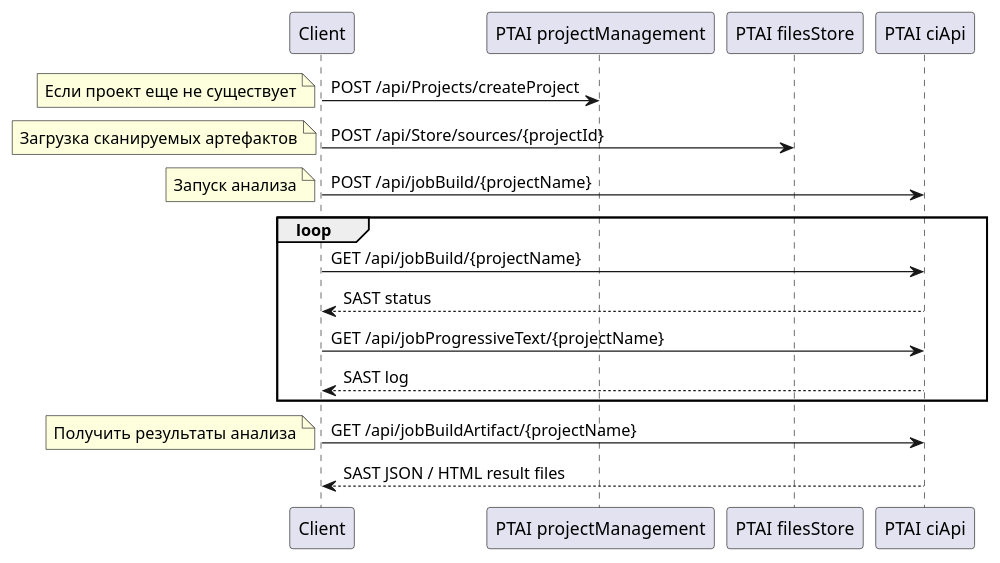
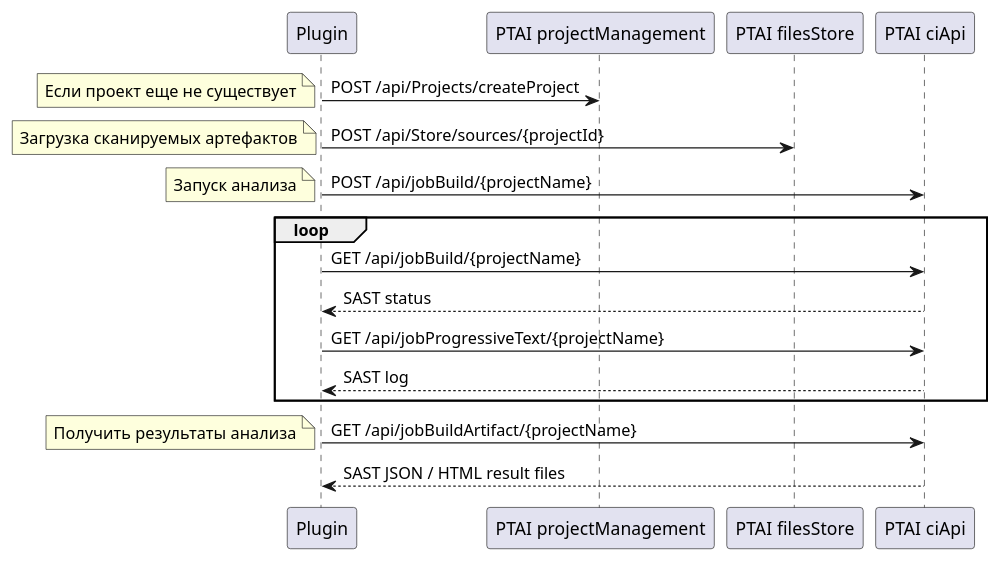
The diagram in docs/UML/REST.API.puml (ZhukovAN/ptai-ee-tools), drawn with PlantUML before and after one commit. The commit also changed 517 other files, not shown here.

Commit message:
[ptai-integration-service] Release candidate for integration service and mixed-mode Jenkins plugin

```diff
--- a/docs/UML/REST.API.puml
+++ b/docs/UML/REST.API.puml
@@ -1,17 +1,17 @@
 @startuml
-Client -> "PTAI projectManagement": POST /api/Projects/createProject
+Plugin -> "PTAI projectManagement": POST /api/Projects/createProject
 note left: Если проект еще не существует
-Client -> "PTAI filesStore": POST /api/Store/sources/{projectId}
+Plugin -> "PTAI filesStore": POST /api/Store/sources/{projectId}
 note left: Загрузка сканируемых артефактов
-Client -> "PTAI ciApi": POST /api/jobBuild/{projectName}
+Plugin -> "PTAI ciApi": POST /api/jobBuild/{projectName}
 note left: Запуск анализа
 loop
-Client -> "PTAI ciApi": GET /api/jobBuild/{projectName}
-"PTAI ciApi" --> Client: SAST status
-Client -> "PTAI ciApi": GET /api/jobProgressiveText/{projectName}
-"PTAI ciApi" --> Client: SAST log
+Plugin -> "PTAI ciApi": GET /api/jobBuild/{projectName}
+"PTAI ciApi" --> Plugin: SAST status
+Plugin -> "PTAI ciApi": GET /api/jobProgressiveText/{projectName}
+"PTAI ciApi" --> Plugin: SAST log
 end
-Client -> "PTAI ciApi": GET /api/jobBuildArtifact/{projectName}
+Plugin -> "PTAI ciApi": GET /api/jobBuildArtifact/{projectName}
 note left: Получить результаты анализа
-"PTAI ciApi" --> Client: SAST JSON / HTML result files
+"PTAI ciApi" --> Plugin: SAST JSON / HTML result files
 @enduml
```
